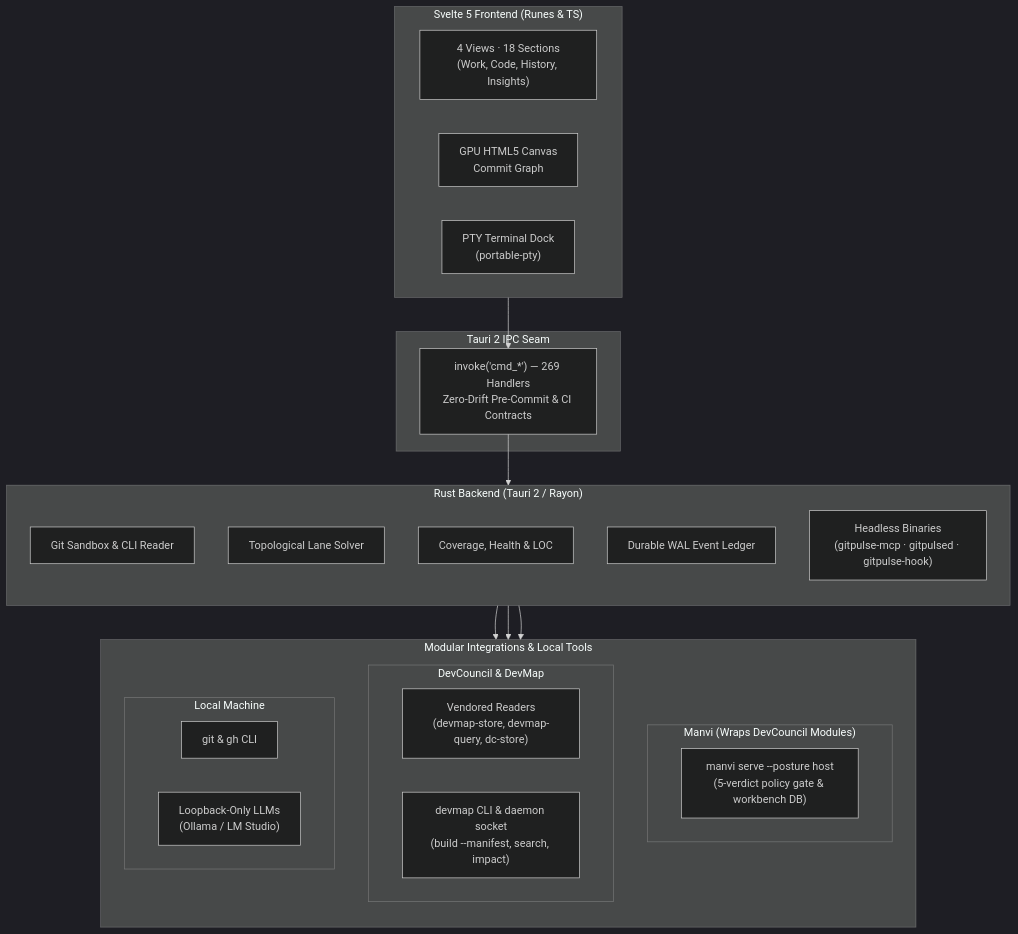
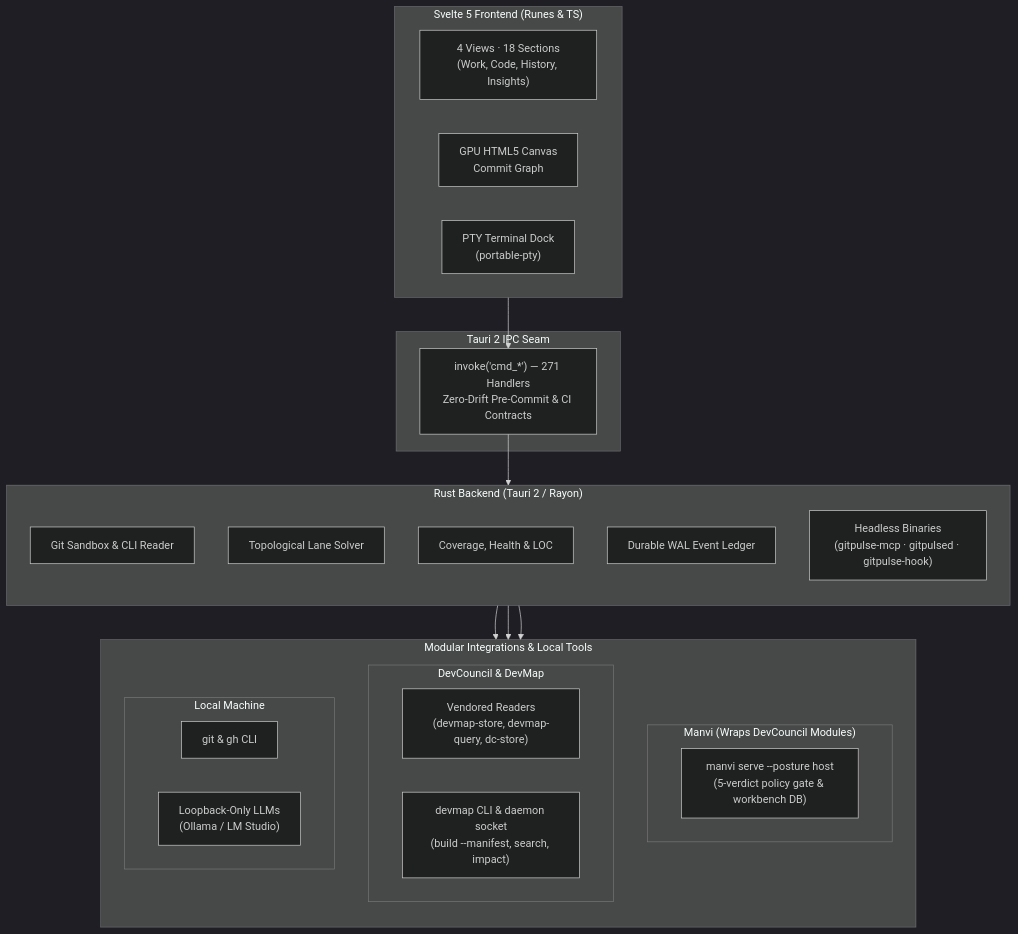
The diagram in README.md (bharathvbcr/GitPulse), drawn with Mermaid (dark theme) before and after one commit. The commit also changed 13 other files, not shown here.

````diff
--- a/README.md
+++ b/README.md
@@ -123,43 +123,43 @@
 ```mermaid
 flowchart TB
     subgraph Frontend["Svelte 5 Frontend (Runes & TS)"]
         direction LR
         Views["4 Views · 18 Sections<br/>(Work, Code, History, Insights)"]
         Canvas["GPU HTML5 Canvas<br/>Commit Graph"]
         TerminalDock["PTY Terminal Dock<br/>(portable-pty)"]
     end
 
     subgraph IPC["Tauri 2 IPC Seam"]
-        Bridge["invoke('cmd_*') — 269 Handlers<br/>Zero-Drift Pre-Commit & CI Contracts"]
+        Bridge["invoke('cmd_*') — 271 Handlers<br/>Zero-Drift Pre-Commit & CI Contracts"]
     end
 
     subgraph Backend["Rust Backend (Tauri 2 / Rayon)"]
         direction TB
         GitEngine["Git Sandbox & CLI Reader"]
         LaneSolver["Topological Lane Solver"]
         Analyzers["Coverage, Health & LOC"]
         Ledger["Durable WAL Event Ledger"]
         Headless["Headless Binaries<br/>(gitpulse-mcp · gitpulsed · gitpulse-hook)"]
     end
 
     subgraph Integrations["Modular Integrations & Local Tools"]
         direction TB
         subgraph ManviWrap["Manvi (Wraps DevCouncil Modules)"]
             ManviSidecar["manvi serve --posture host<br/>(5-verdict policy gate & workbench DB)"]
         end
         subgraph DevCouncilMods["DevCouncil & DevMap"]
             Vendored["Vendored Readers<br/>(devmap-store, devmap-query, dc-store)"]
             DevMapCLI["devmap CLI & daemon socket<br/>(build --manifest, search, impact)"]
         end
         subgraph LocalTools["Local Machine"]
             CLI["git & gh CLI"]
             LocalLLM["Loopback-Only LLMs<br/>(Ollama / LM Studio)"]
         end
     end
 
     Frontend --> Bridge
     Bridge --> Backend
     Backend --> ManviWrap
     Backend --> DevCouncilMods
     Backend --> LocalTools
 ```
````
